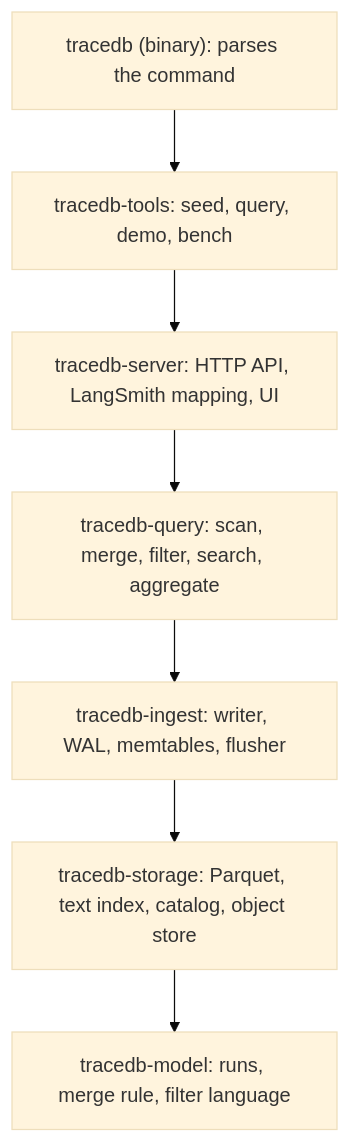
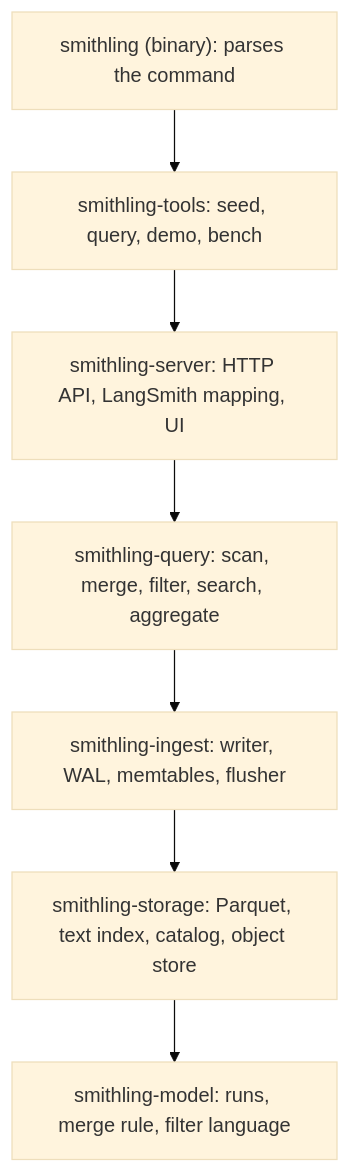
The third of 13 diagrams in STARTER_GUIDE.md (liukai/smithling), drawn with Mermaid (base theme) before and after one commit. The commit also changed other lines of this file and 199 other files, not shown here.

First line of the commit message:
refactor: rename tracedb to Smithling (D-037)

````diff
--- a/STARTER_GUIDE.md
+++ b/STARTER_GUIDE.md
@@ -166,11 +166,11 @@
 ```mermaid
 flowchart TB
-    BIN["tracedb (binary): parses the command"]
-    T["tracedb-tools: seed, query, demo, bench"]
-    S["tracedb-server: HTTP API, LangSmith mapping, UI"]
-    Q["tracedb-query: scan, merge, filter, search, aggregate"]
-    I["tracedb-ingest: writer, WAL, memtables, flusher"]
-    ST["tracedb-storage: Parquet, text index, catalog, object store"]
-    M["tracedb-model: runs, merge rule, filter language"]
+    BIN["smithling (binary): parses the command"]
+    T["smithling-tools: seed, query, demo, bench"]
+    S["smithling-server: HTTP API, LangSmith mapping, UI"]
+    Q["smithling-query: scan, merge, filter, search, aggregate"]
+    I["smithling-ingest: writer, WAL, memtables, flusher"]
+    ST["smithling-storage: Parquet, text index, catalog, object store"]
+    M["smithling-model: runs, merge rule, filter language"]
     BIN --> T --> S --> Q --> I --> ST --> M
 ```
````
